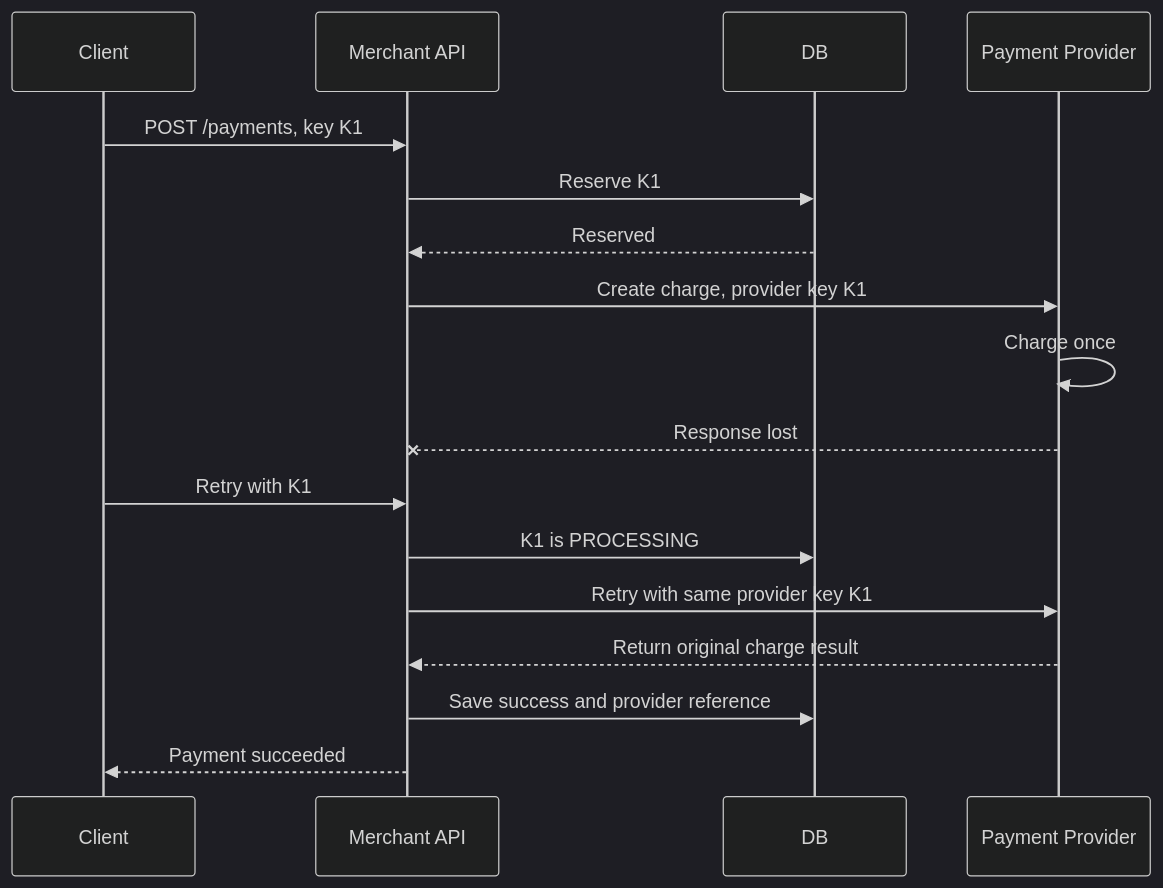
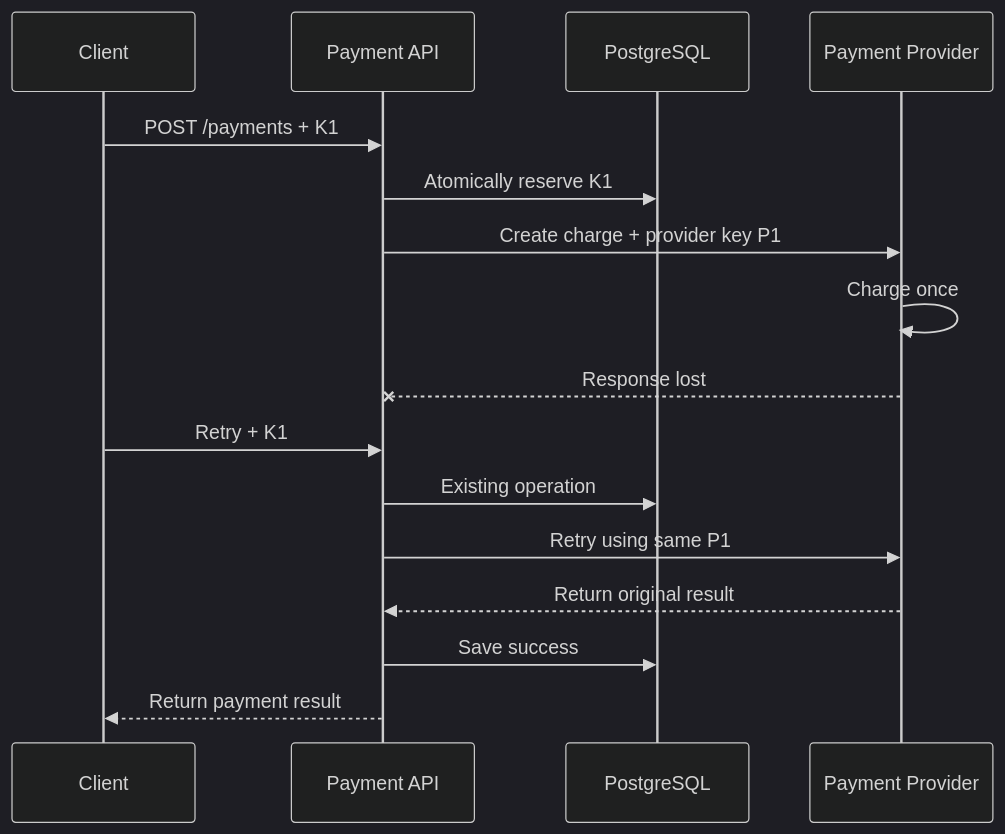
The second of 3 diagrams in src/content/payments/idempotency-keys.md (AvadhBhalodiya/Interview-Preparation), drawn with Mermaid (dark theme) before and after one commit. The commit also changed other lines of this file and 54 other files, not shown here.

````diff
--- a/src/content/payments/idempotency-keys.md
+++ b/src/content/payments/idempotency-keys.md
@@ -144,21 +233,20 @@
 ```mermaid
 sequenceDiagram
-    participant Client
-    participant MerchantAPI as Merchant API
-    participant DB
+    participant C as Client
+    participant API as Payment API
+    participant DB as PostgreSQL
     participant PSP as Payment Provider
 
-    Client->>MerchantAPI: POST /payments, key K1
-    MerchantAPI->>DB: Reserve K1
-    DB-->>MerchantAPI: Reserved
-    MerchantAPI->>PSP: Create charge, provider key K1
+    C->>API: POST /payments + K1
+    API->>DB: Atomically reserve K1
+    API->>PSP: Create charge + provider key P1
     PSP->>PSP: Charge once
-    PSP--xMerchantAPI: Response lost
+    PSP--xAPI: Response lost
 
-    Client->>MerchantAPI: Retry with K1
-    MerchantAPI->>DB: K1 is PROCESSING
-    MerchantAPI->>PSP: Retry with same provider key K1
-    PSP-->>MerchantAPI: Return original charge result
-    MerchantAPI->>DB: Save success and provider reference
-    MerchantAPI-->>Client: Payment succeeded
+    C->>API: Retry + K1
+    API->>DB: Existing operation
+    API->>PSP: Retry using same P1
+    PSP-->>API: Return original result
+    API->>DB: Save success
+    API-->>C: Return payment result
 ```
````
